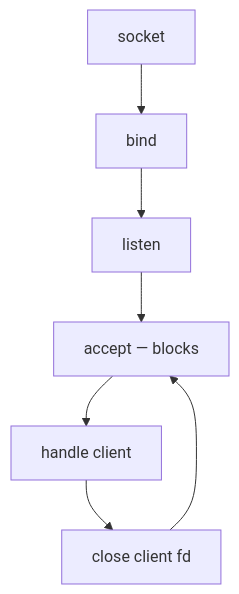
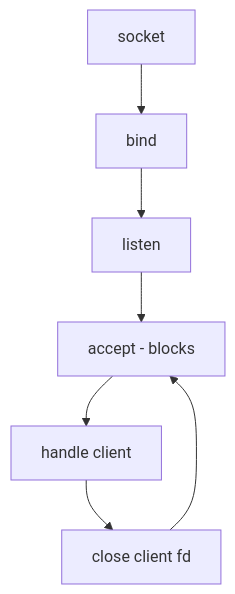
One commit to wildfirebill-web/oneuptime-blog changed the diagram in posts/2026-03-20-iterative-tcp-server-ipv4/README.md. Above: the diagram before and after it, drawn with Mermaid. The commit also changed other lines of this file and 41565 other files, not shown here.

````diff
--- a/posts/2026-03-20-iterative-tcp-server-ipv4/README.md
+++ b/posts/2026-03-20-iterative-tcp-server-ipv4/README.md
@@ -13,9 +13,9 @@
 ```mermaid
 flowchart TD
     A[socket] --> B[bind]
     B --> C[listen]
-    C --> D[accept — blocks]
+    C --> D[accept - blocks]
     D --> E[handle client]
     E --> F[close client fd]
     F --> D
 ```
````
